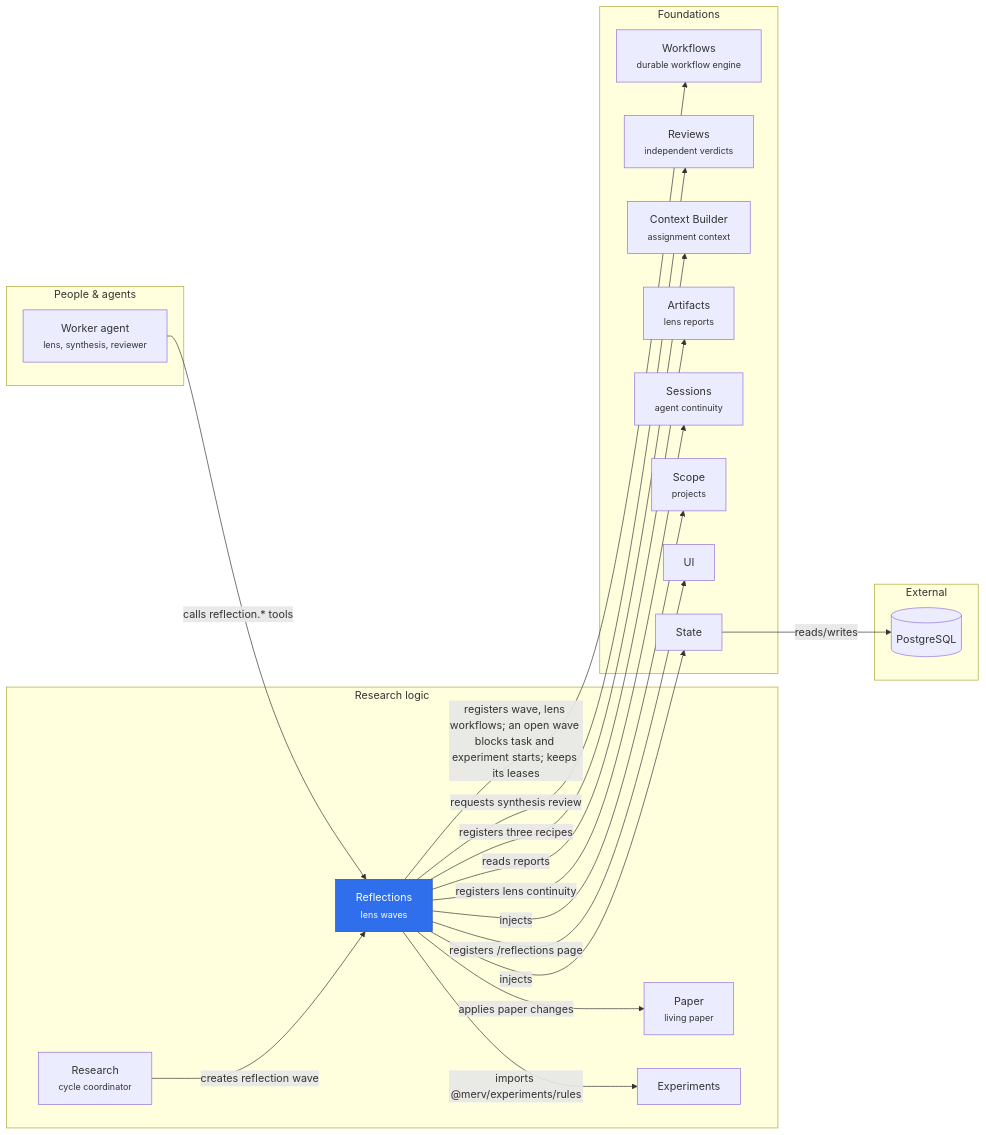
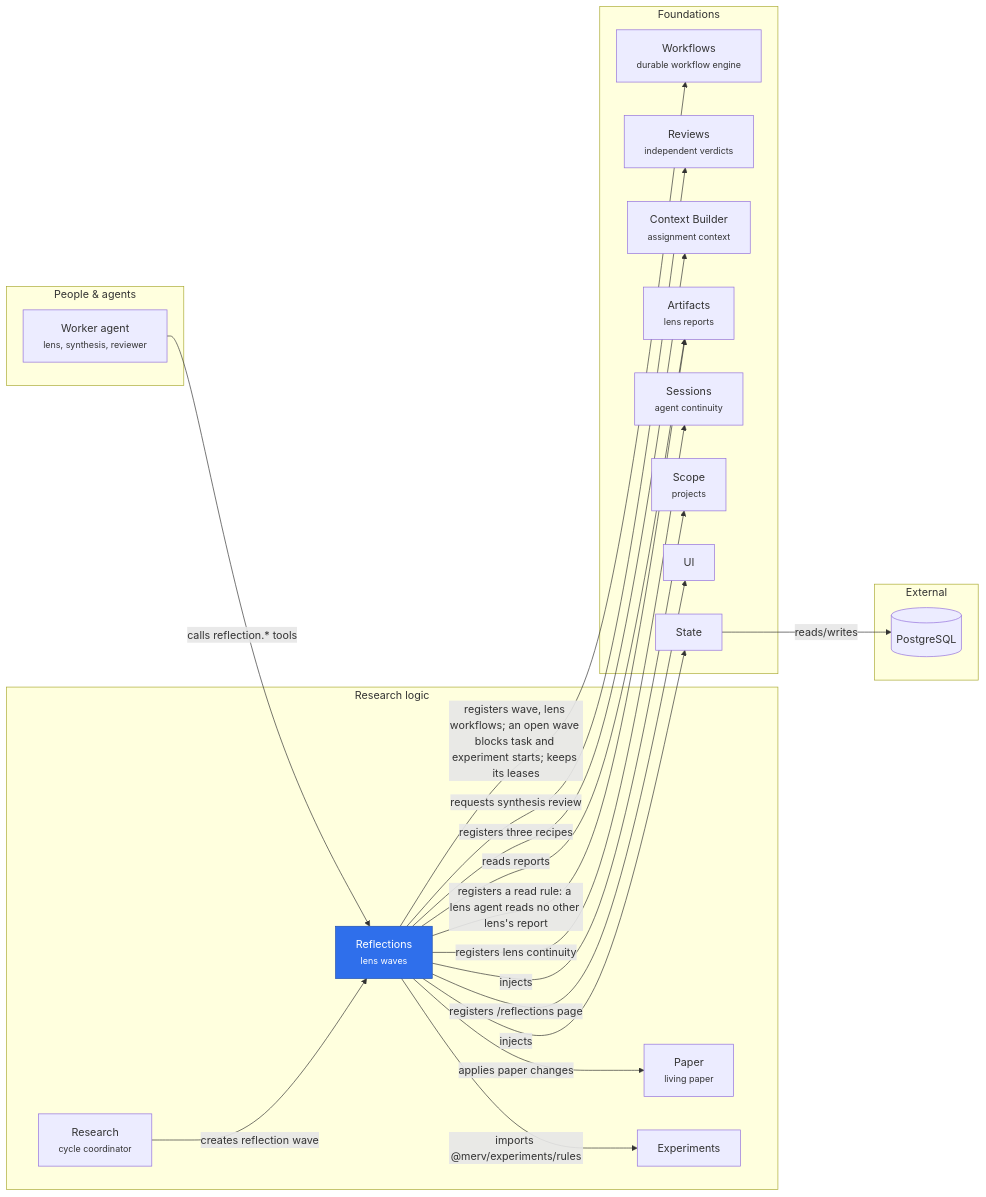
Before and after one commit to rapidreview-io/Merv: the diagram in merv-typescript/packages/reflections/README.md, drawn with Mermaid. The commit also changed other lines of this file and 8 other files, not shown here.

First line of the commit message:
A lens agent reads no other lens's report mid-wave

````diff
--- a/merv-typescript/packages/reflections/README.md
+++ b/merv-typescript/packages/reflections/README.md
@@ -7,40 +7,41 @@
 ```mermaid
 flowchart LR
   subgraph people["People & agents"]
     worker["Worker agent<br/><small>lens, synthesis, reviewer</small>"]
   end
   subgraph logic["Research logic"]
     reflections["Reflections<br/><small>lens waves</small>"]
     research["Research<br/><small>cycle coordinator</small>"]
     paper["Paper<br/><small>living paper</small>"]
     experiments["Experiments"]
   end
   subgraph foundations["Foundations"]
     workflows["Workflows<br/><small>durable workflow engine</small>"]
     reviews["Reviews<br/><small>independent verdicts</small>"]
     contextBuilder["Context Builder<br/><small>assignment context</small>"]
     artifacts["Artifacts<br/><small>lens reports</small>"]
     sessions["Sessions<br/><small>agent continuity</small>"]
     scope["Scope<br/><small>projects</small>"]
     ui["UI"]
     state["State"]
   end
   subgraph external["External"]
     postgres[("PostgreSQL")]
   end
   worker -- "calls reflection.* tools" --> reflections
   research -- "creates reflection wave" --> reflections
   reflections -- "registers wave, lens workflows; an open wave blocks task and experiment starts; keeps its leases" --> workflows
   reflections -- "requests synthesis review" --> reviews
   reflections -- "registers three recipes" --> contextBuilder
   reflections -- "applies paper changes" --> paper
   reflections -- "imports @merv/experiments/rules" --> experiments
   reflections -- "reads reports" --> artifacts
   reflections -- "registers lens continuity" --> sessions
+  reflections -- "registers a read rule: a lens agent reads no other lens's report" --> artifacts
   reflections -- "injects" --> scope
   reflections -- "registers /reflections page" --> ui
   reflections -- "injects" --> state
   state -- "reads/writes" --> postgres
   class reflections self
   classDef self fill:#2f6feb,color:#fff,stroke:#1f4fb0
 ```
````
